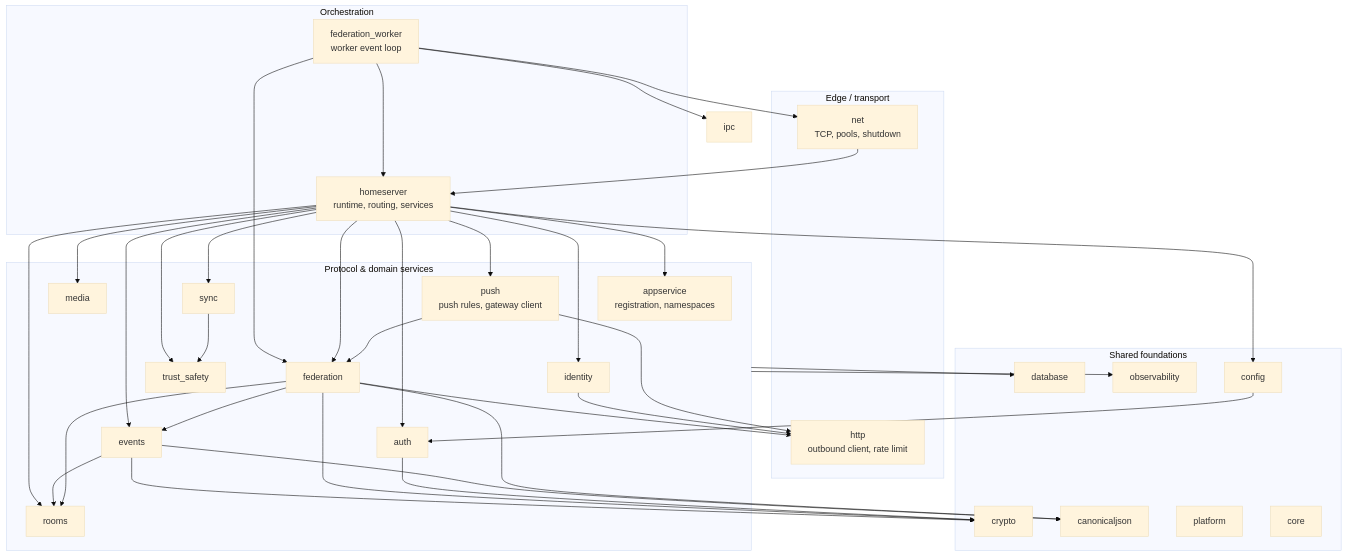
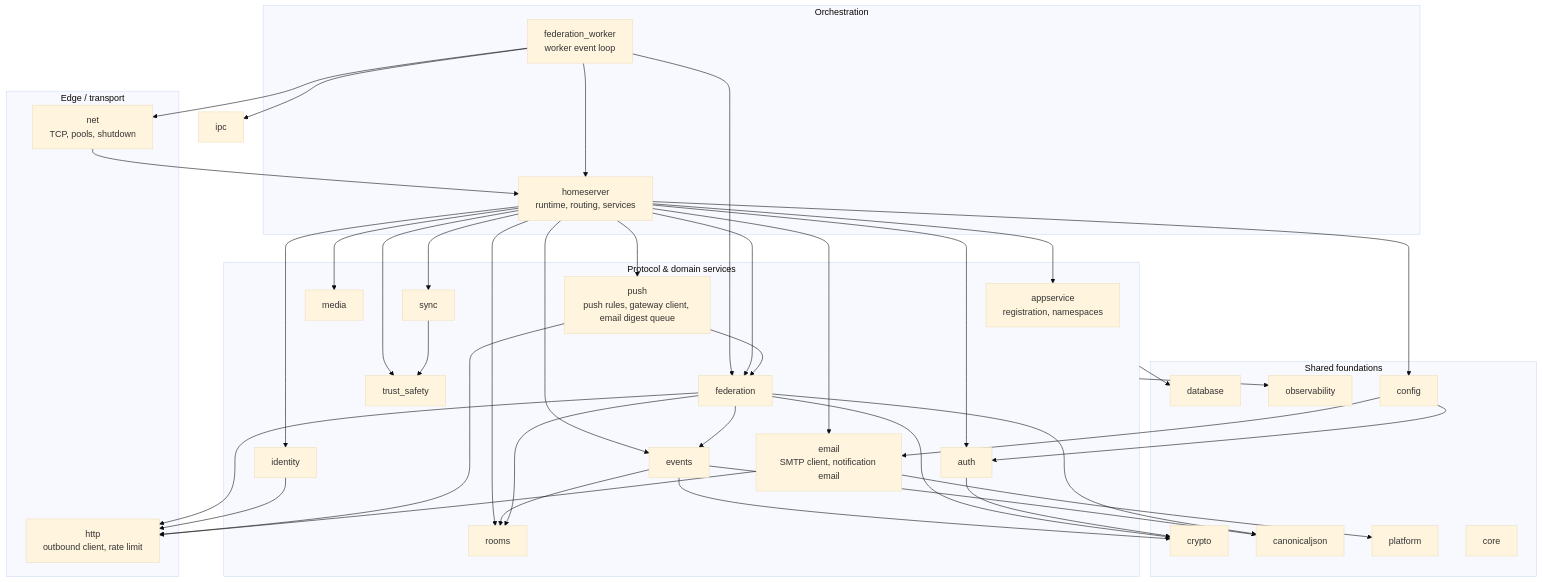
The second of 6 diagrams in docs/architecture.md (OMG-Software/Merovingian), drawn with Mermaid (base theme) before and after one commit. The commit also changed other lines of this file and 70 other files, not shown here.

First line of the commit message:
Deliver email pushers through an optional SMTP relay (0.12.44) (#529)

````diff
--- a/docs/architecture.md
+++ b/docs/architecture.md
@@ -93,47 +93,50 @@
 ```mermaid
 flowchart TB
     subgraph edge["Edge / transport"]
         net["net<br/>TCP, pools, shutdown"]
         http["http<br/>outbound client, rate limit"]
     end
     subgraph orchestration["Orchestration"]
         homeserver["homeserver<br/>runtime, routing, services"]
         fedworker_mod["federation_worker<br/>worker event loop"]
     end
     subgraph services["Protocol & domain services"]
         appservice["appservice<br/>registration, namespaces"]
         auth["auth"]
         rooms["rooms"]
         events["events"]
         federation["federation"]
         identity["identity"]
         media["media"]
-        push["push<br/>push rules, gateway client"]
+        push["push<br/>push rules, gateway client, email digest queue"]
+        email["email<br/>SMTP client, notification email"]
         sync["sync"]
         trust_safety["trust_safety"]
     end
     subgraph foundations["Shared foundations"]
         database["database"]
         crypto["crypto"]
         canonicaljson["canonicaljson"]
         observability["observability"]
         platform["platform"]
         config["config"]
         core["core"]
     end
 
     net --> homeserver
     fedworker_mod --> homeserver & federation & ipc & net
-    homeserver --> auth & rooms & events & federation & media & push & sync & trust_safety & identity & appservice
+    homeserver --> auth & rooms & events & federation & media & push & email & sync & trust_safety & identity & appservice
     federation --> http
     identity --> http
     push --> http & federation
+    email --> http & platform
+    config --> email
     sync --> trust_safety
     services --> database
     events --> crypto & canonicaljson & rooms
     federation --> crypto & canonicaljson & events & rooms
     auth --> crypto
     services --> observability
     homeserver --> config
     config --> auth
 ```
````
